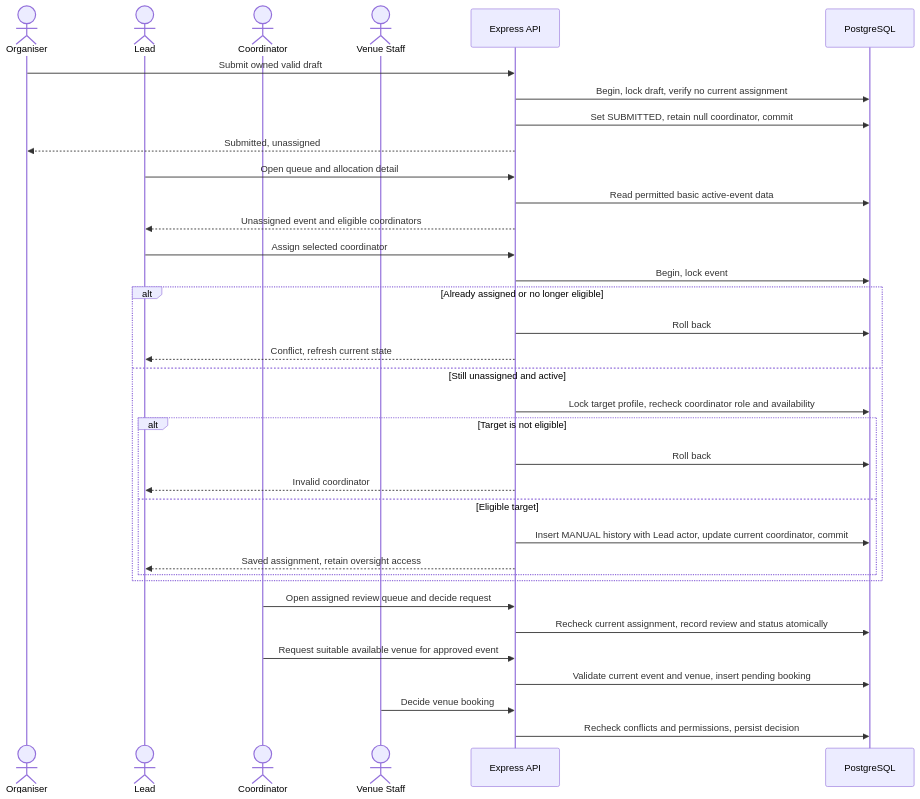
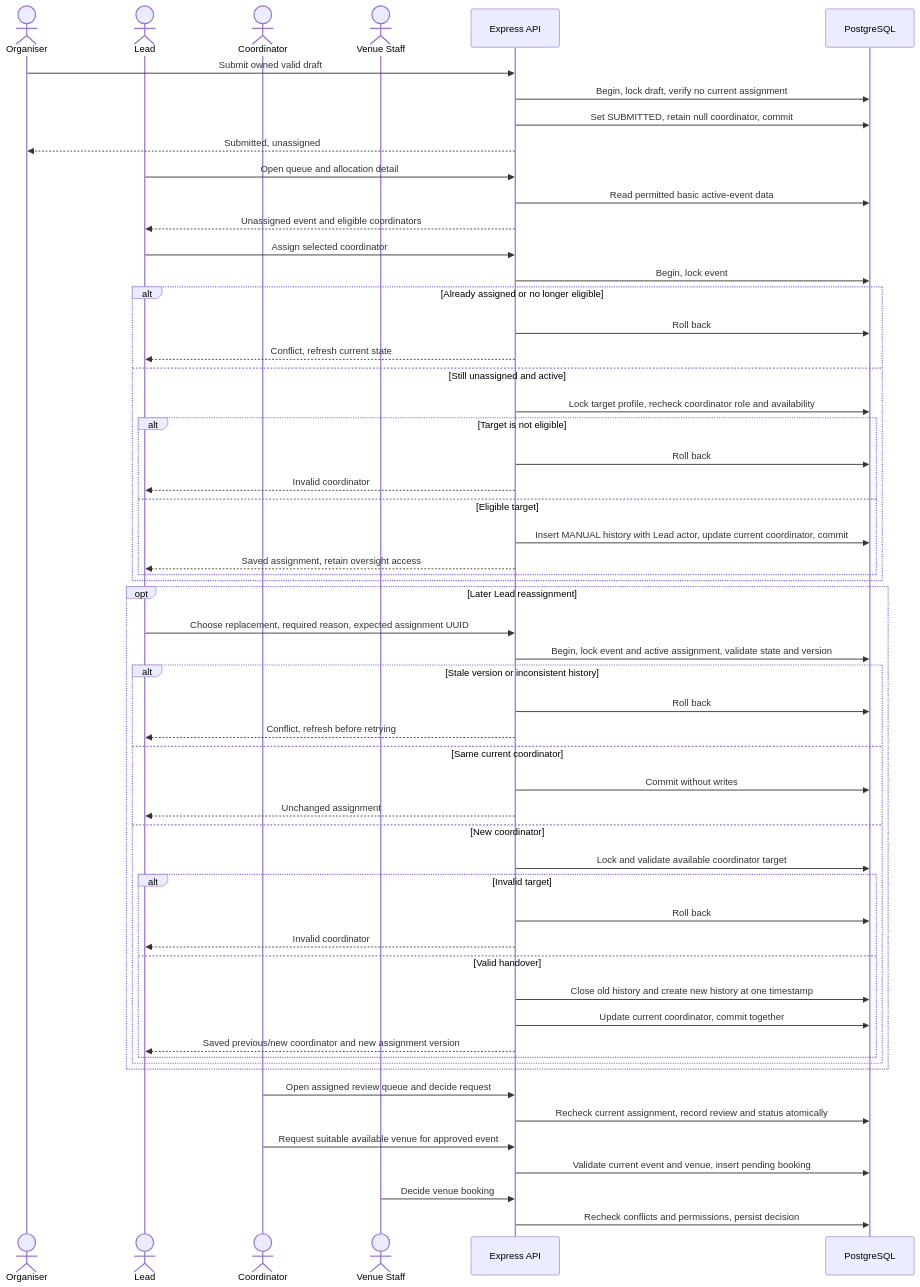
The fifth of 7 diagrams in docs/architecture/README.md (MochaLxtte/ConnectSphere), drawn with Mermaid before and after one commit. The commit also changed other lines of this file and 29 other files, not shown here.

````diff
--- a/docs/architecture/README.md
+++ b/docs/architecture/README.md
@@ -174,37 +179,58 @@
 ```mermaid
 sequenceDiagram
   actor Organiser
   actor Lead
   actor Coordinator
   actor Staff as Venue Staff
   participant API as Express API
   participant DB as PostgreSQL
   Organiser->>API: Submit owned valid draft
   API->>DB: Begin, lock draft, verify no current assignment
   API->>DB: Set SUBMITTED, retain null coordinator, commit
   API-->>Organiser: Submitted, unassigned
   Lead->>API: Open queue and allocation detail
   API->>DB: Read permitted basic active-event data
   API-->>Lead: Unassigned event and eligible coordinators
   Lead->>API: Assign selected coordinator
   API->>DB: Begin, lock event
   alt Already assigned or no longer eligible
     API->>DB: Roll back
     API-->>Lead: Conflict, refresh current state
   else Still unassigned and active
     API->>DB: Lock target profile, recheck coordinator role and availability
     alt Target is not eligible
       API->>DB: Roll back
       API-->>Lead: Invalid coordinator
     else Eligible target
       API->>DB: Insert MANUAL history with Lead actor, update current coordinator, commit
       API-->>Lead: Saved assignment, retain oversight access
     end
   end
+  opt Later Lead reassignment
+    Lead->>API: Choose replacement, required reason, expected assignment UUID
+    API->>DB: Begin, lock event and active assignment, validate state and version
+    alt Stale version or inconsistent history
+      API->>DB: Roll back
+      API-->>Lead: Conflict, refresh before retrying
+    else Same current coordinator
+      API->>DB: Commit without writes
+      API-->>Lead: Unchanged assignment
+    else New coordinator
+      API->>DB: Lock and validate available coordinator target
+      alt Invalid target
+        API->>DB: Roll back
+        API-->>Lead: Invalid coordinator
+      else Valid handover
+        API->>DB: Close old history and create new history at one timestamp
+        API->>DB: Update current coordinator, commit together
+        API-->>Lead: Saved previous/new coordinator and new assignment version
+      end
+    end
+  end
   Coordinator->>API: Open assigned review queue and decide request
   API->>DB: Recheck current assignment, record review and status atomically
   Coordinator->>API: Request suitable available venue for approved event
   API->>DB: Validate current event and venue, insert pending booking
   Staff->>API: Decide venue booking
   API->>DB: Recheck conflicts and permissions, persist decision
 ```
````
